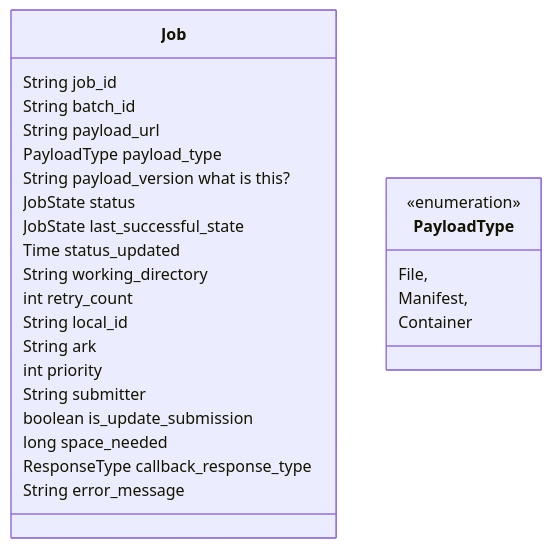
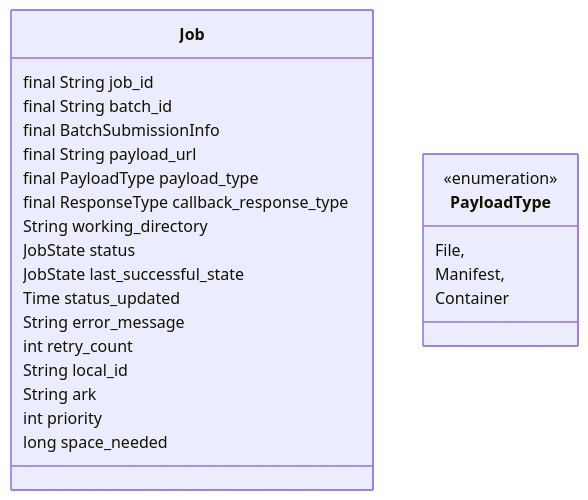
One commit to CDLUC3/mrt-doc changed the fourth of 4 diagrams in design/queue-2023/states.md. Above: the diagram before and after it, drawn with Mermaid. The commit also changed other lines of this file, not shown here.

````diff
--- a/design/queue-2023/states.md
+++ b/design/queue-2023/states.md
@@ -226,29 +236,30 @@
 ```mermaid
 classDiagram
   class Job {
-    String job_id
-    String batch_id
-    String payload_url
-    PayloadType payload_type
-    String payload_version what is this?
+    final String job_id
+    final String batch_id
+    final BatchSubmissionInfo
+    final String payload_url
+    final PayloadType payload_type
+    final ResponseType callback_response_type
+
+    String working_directory
+
     JobState status
     JobState last_successful_state
     Time status_updated
-    String working_directory
+    String error_message
+
     int retry_count
     String local_id
     String ark
     int priority
-    String submitter
-    boolean is_update_submission
     long space_needed
-    ResponseType callback_response_type
-    String error_message
   }
   class PayloadType{
     <<enumeration>>
     File,
     Manifest,
     Container
   }
 ```
````
